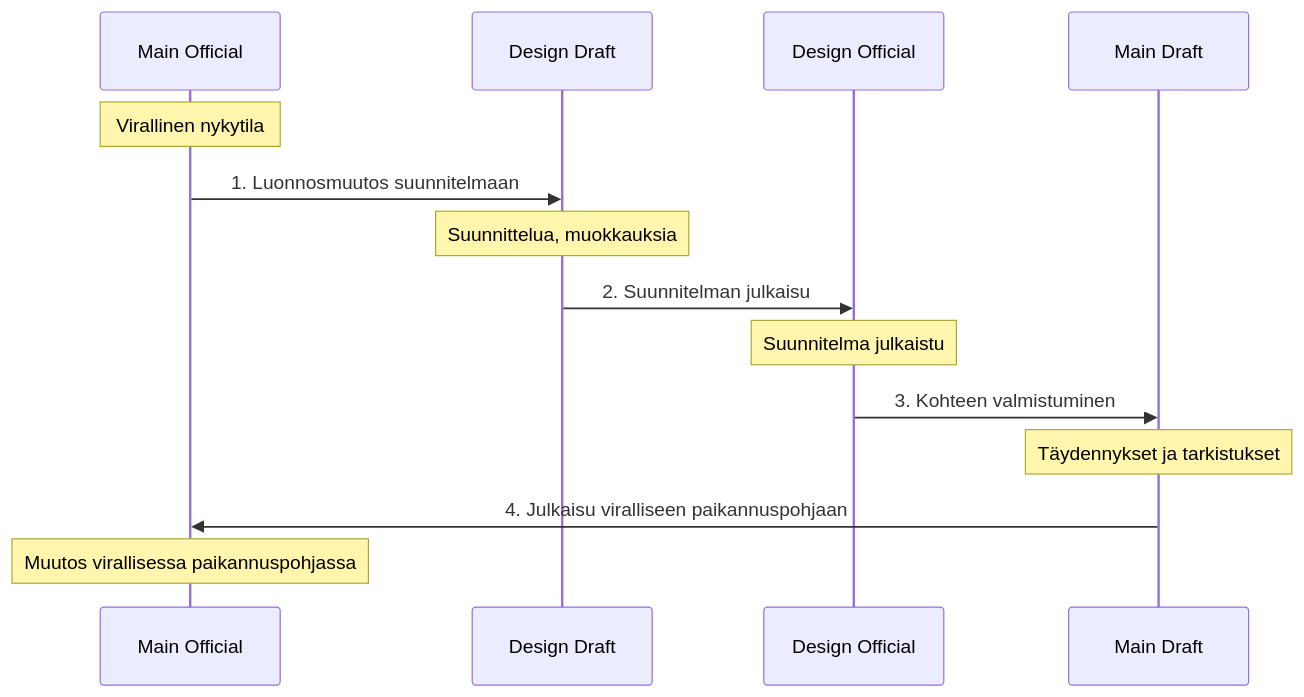
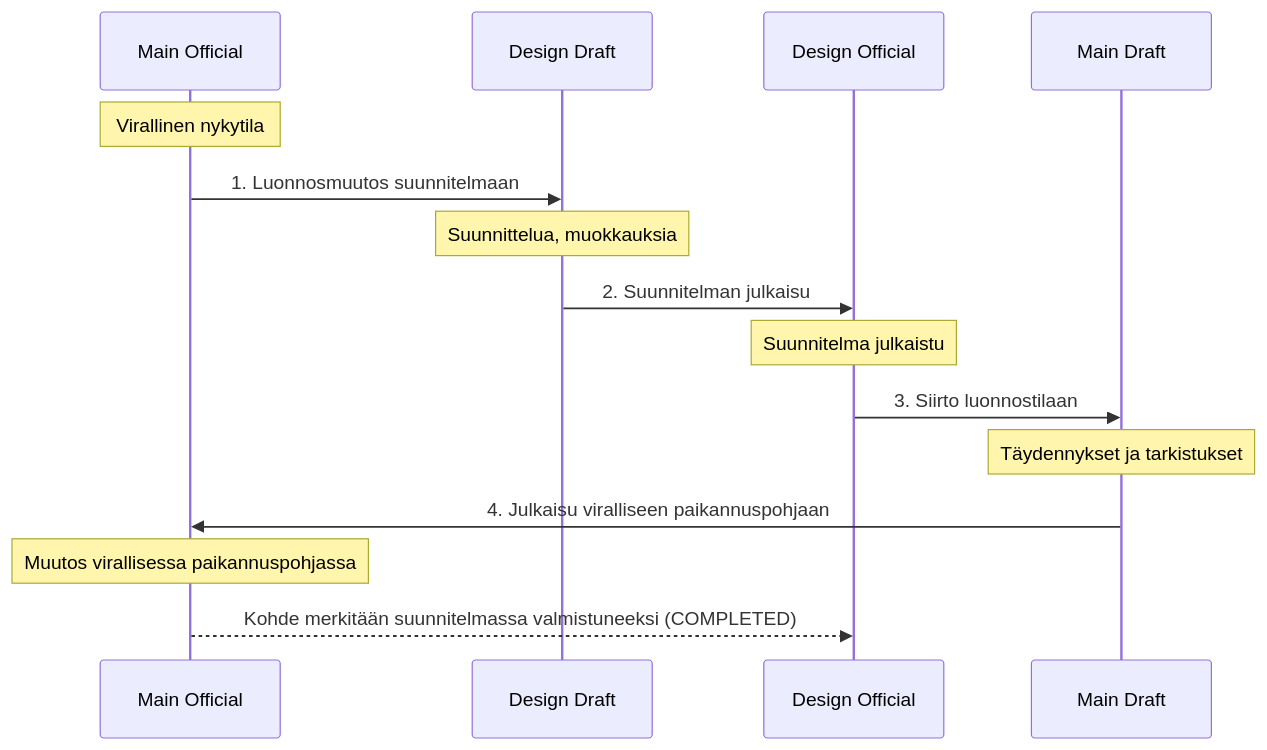
Before and after one commit to finnishtransportagency/geoviite: the first of 2 diagrams in doc/suunnitelmatila.md, drawn with Mermaid. The commit also changed other lines of this file and 26 other files, not shown here.

````diff
--- a/doc/suunnitelmatila.md
+++ b/doc/suunnitelmatila.md
@@ -36,17 +40,18 @@
 ```mermaid
 sequenceDiagram
     participant MO as Main Official
     participant DD as Design Draft
     participant DO as Design Official
     participant MD as Main Draft
     
     Note over MO: Virallinen nykytila
     MO->>DD: 1. Luonnosmuutos suunnitelmaan
     Note over DD: Suunnittelua, muokkauksia
     DD->>DO: 2. Suunnitelman julkaisu
     Note over DO: Suunnitelma julkaistu
-    DO->>MD: 3. Kohteen valmistuminen
+    DO->>MD: 3. Siirto luonnostilaan
     Note over MD: Täydennykset ja tarkistukset
     MD->>MO: 4. Julkaisu viralliseen paikannuspohjaan
     Note over MO: Muutos virallisessa paikannuspohjassa
+    MO-->>DO: Kohde merkitään suunnitelmassa valmistuneeksi (COMPLETED)
 ```
````
